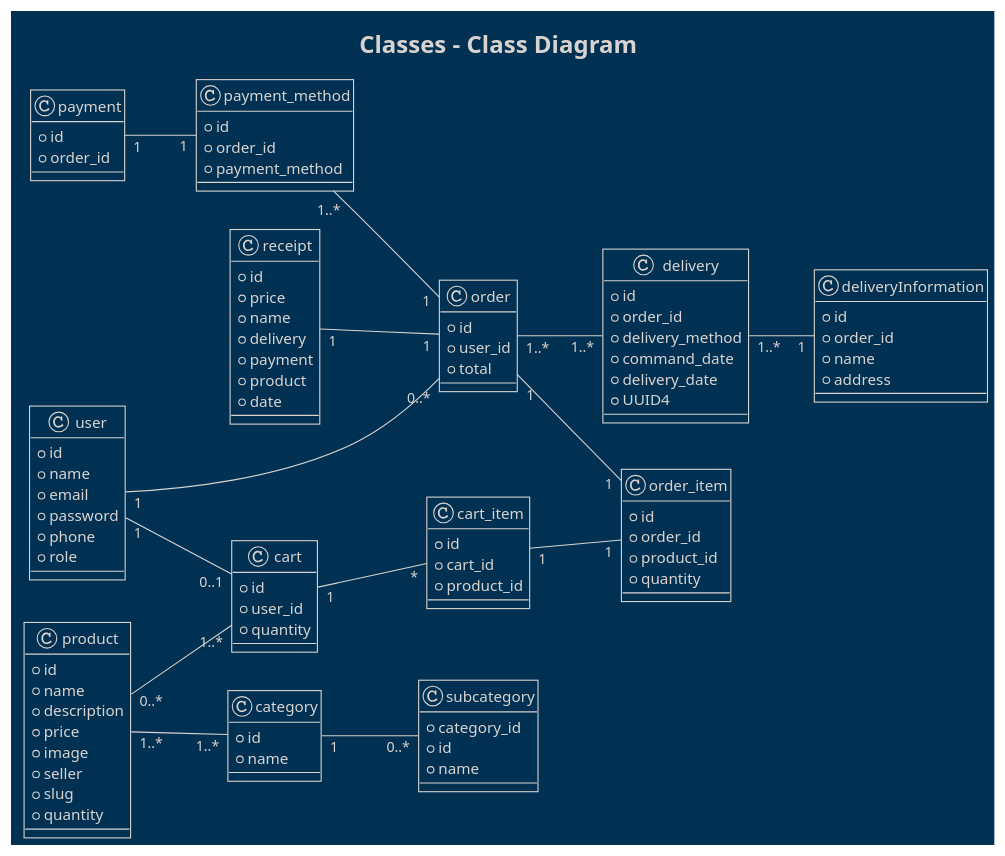
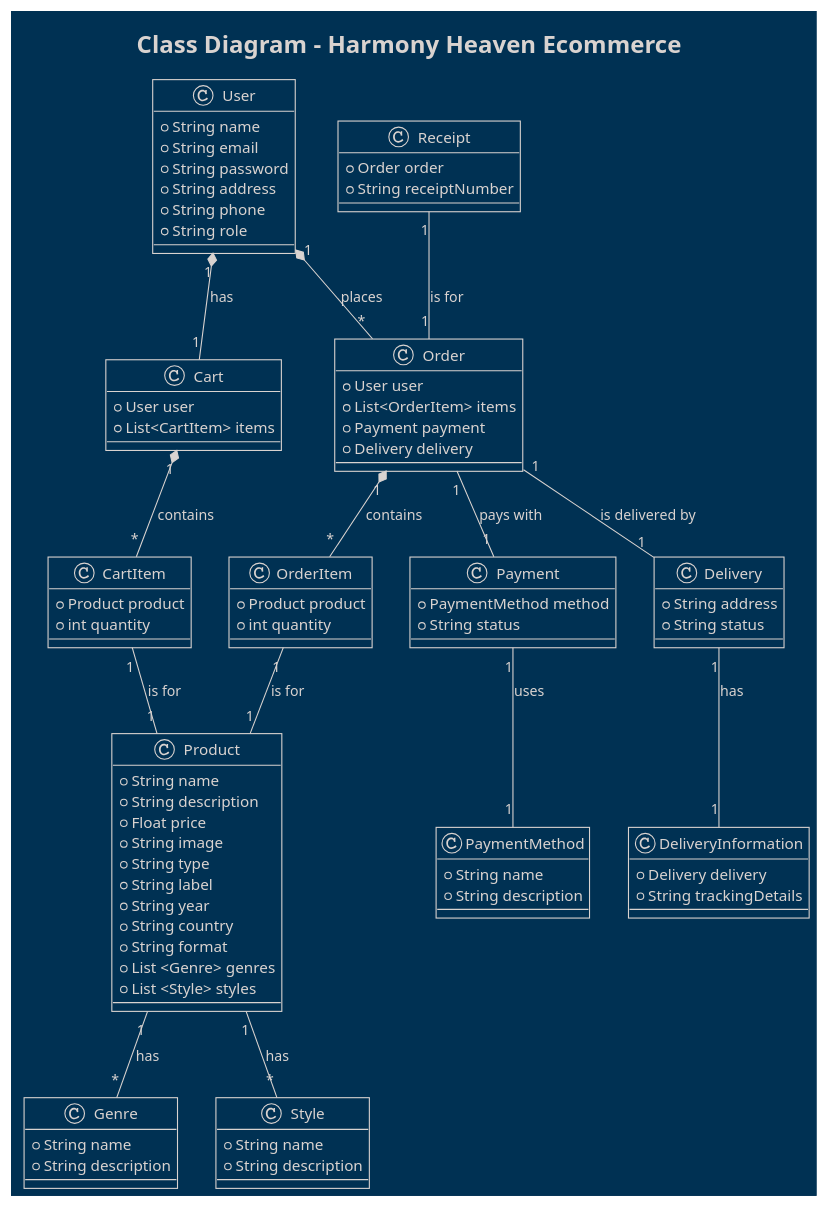
Before and after one commit to Pixeloceax/HarmonyHeaven: the diagram in diagram/class/database.wsd, drawn with PlantUML.

Commit message:
feat(diagram): add class diagram

```diff
--- a/diagram/class/database.wsd
+++ b/diagram/class/database.wsd
@@ -1,118 +1,129 @@
 @startuml class diagram
 
 skin rose
 !theme blueprint
 
-left to right direction
 
-title Classes - Class Diagram
+title Class Diagram - Harmony Heaven Ecommerce
 
-class user {
-    + id
-    + name
-    + email
-    + password
-    + phone
-    + role
+class User {
+    + String name
+    + String email
+    + String password
+    + String address
+    + String phone
+    + String role
 }
 
-class product {
-    + id
-    + name
-    + description
-    + price
-    + image
-    + seller
-    + slug
-    + quantity
+class Product {
+    + String name
+    + String description
+    + Float price
+    + String image
+    + String type
+    + String label
+    + String year
+    + String country
+    + String format
+    + List <Genre> genres
+    + List <Style> styles
+}
+
+class Genre {
+    + String name
+    + String description
+}
+
+class Style {
+    + String name
+    + String description
+}
+
+class Cart {
+    + User user
+    + List<CartItem> items
+}
+
+class CartItem {
+    + Product product
+    + int quantity
+}
+
+class Order {
+    + User user
+    + List<OrderItem> items
+    + Payment payment
+    + Delivery delivery
+}
+
+class OrderItem {
+    + Product product
+    + int quantity
+}
+
+class Receipt {
+    + Order order
+    + String receiptNumber
 
 }
 
-class category {
-    + id
-    + name
+class PaymentMethod {
+    + String name
+    + String description
 }
 
-class subcategory {
-    + category_id
-    + id
-    + name
+class Payment {
+    + PaymentMethod method
+    + String status
 }
 
-class cart {
-    + id
-    + user_id
-    + quantity
+class Delivery {
+    + String address
+    + String status
 }
 
-class cart_item {
-    + id
-    + cart_id
-    + product_id
+class DeliveryInformation {
+    + Delivery delivery
+    + String trackingDetails
 }
 
-class order {
-    + id
-    + user_id
-    + total
-}
+User "1" *-- "1" Cart : has  
+'Un utilisateur a un panier (relation un-à-un)
 
-class order_item {
-    + id
-    + order_id
-    + product_id
-    + quantity
-}
+Cart "1" *-- "*" CartItem : contains  
+'Un panier peut contenir plusieurs articles (relation un-à-plusieurs)
 
-class receipt{
-    +id
-    +price
-    +name
-    +delivery
-    +payment
-    +product
-    +date
-}
+User "1" *-- "*" Order : places 
+'Un utilisateur peut passer plusieurs commandes (relation un-à-plusieurs)
 
-class payment_method {
-    + id
-    + order_id
-    + payment_method
-}
+Order "1" *-- "*" OrderItem : contains 
+'Une commande peut contenir plusieurs articles (relation un-à-plusieurs)
 
-class payment {
-    + id
-    + order_id
-}
+Order "1" -- "1" Delivery : is delivered by 
+'Une commande est livrée par une livraison (relation un-à-un)
 
-class delivery {
-    + id
-    + order_id
-    + delivery_method
-    + command_date 
-    + delivery_date
-    + UUID4
-}
+Receipt "1" -- "1" Order : is for 
+'Un reçu est pour une commande (relation un-à-un)
 
-class deliveryInformation {
-    + id
-    + order_id
-    + name
-    + address
-}
+Order "1" -- "1" Payment : pays with 
+'Une commande est payée avec un paiement (relation un-à-un)
 
-user "1" -- "0..1" cart
-user "1" -- "0..*" order
-order "1" -- "1" order_item
-order "1..*" -- "1..*" delivery
-delivery "1..*" -- "1" deliveryInformation
-payment_method "1..*" -- "1" order
-payment "1" -- "1" payment_method
-product "1..*" -- "1..*" category
-product "0..*" -- "1..*" cart
-category "1" -- "0..*" subcategory
-cart_item "1" -- "1" order_item
-cart "1" -- "*" cart_item
-receipt "1" -- "1" order
+Payment "1" -- "1" PaymentMethod : uses  
+'Un paiement utilise une méthode de paiement (relation un-à-un)
+
+Delivery "1" -- "1" DeliveryInformation : has  
+ 'Une livraison a des informations de livraison (relation un-à-un)
+
+CartItem "1" -- "1" Product : is for 
+'Un CartItem est pour un Product (relation un-à-un)
+
+OrderItem "1" -- "1" Product : is for 
+'Un OrderItem est pour un Product (relation un-à-un)
+
+Product "1" -- "*" Genre : has  
+'Un produit peut avoir plusieurs genres (relation un-à-plusieurs)
+
+Product "1" -- "*" Style : has  
+'Un produit peut avoir plusieurs styles (relation un-à-plusieurs)
 
 @enduml
```
